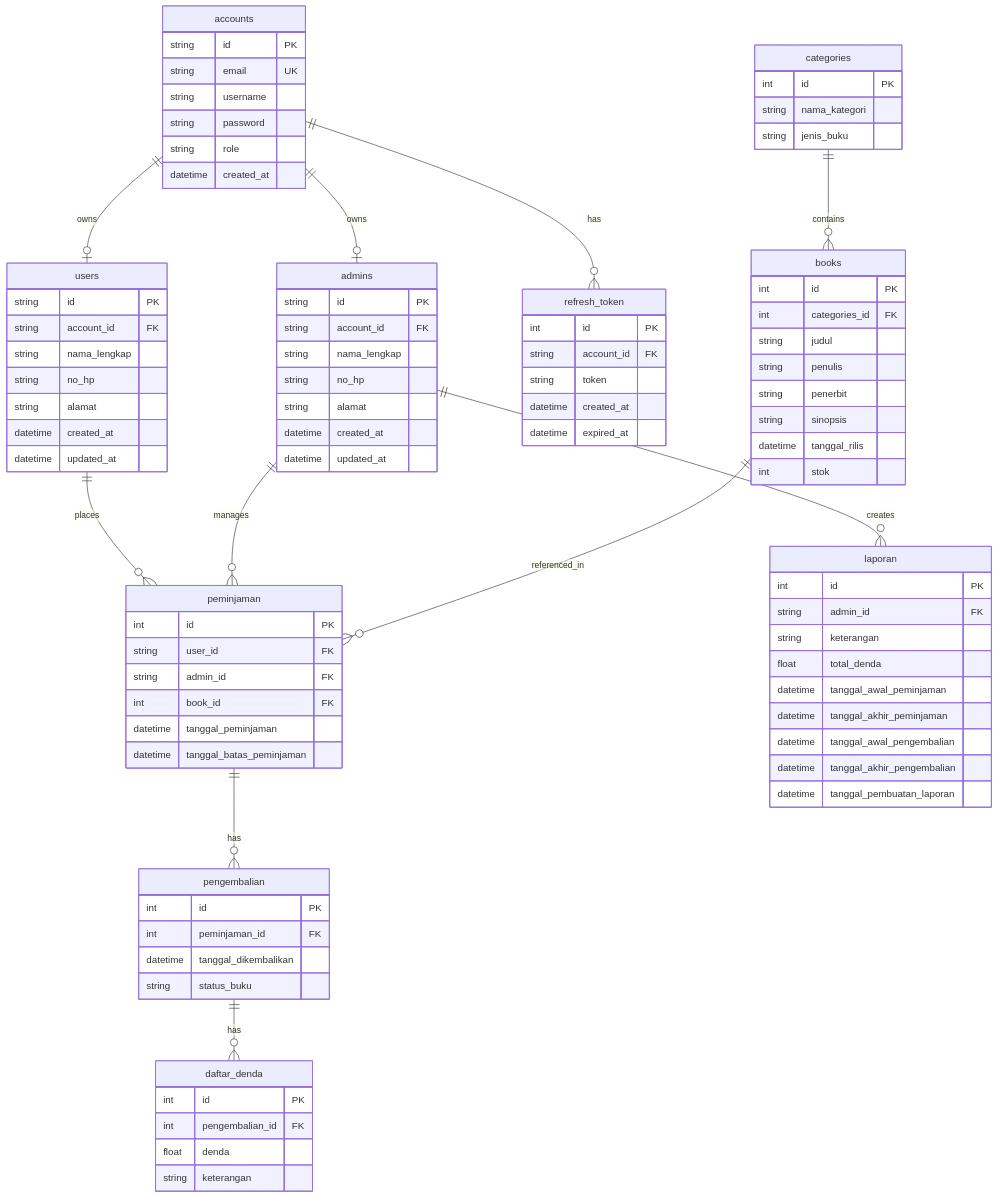
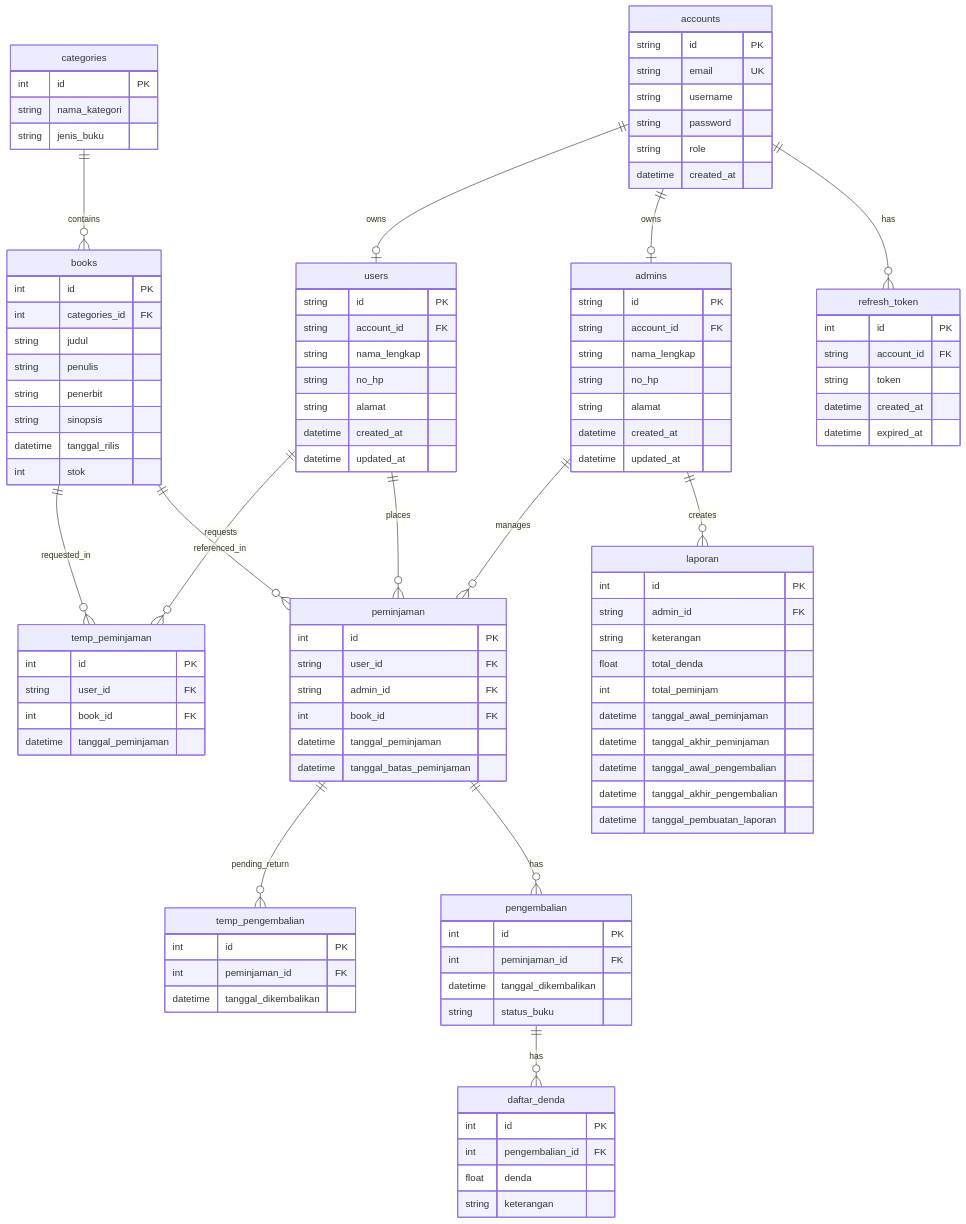
The diagram in docs/uml/src/diagrams/list-diagrams/erd.mmd (dimstyle/ruang-baca), drawn with Mermaid before and after one commit. The commit also changed 22 other files, not shown here.

Commit message:
feat(peminjaman): implement peminjaman & pengembalian gates, temp tables & total_peminjam migration, unit tests, and uml diagrams

```diff
--- a/docs/uml/src/diagrams/list-diagrams/erd.mmd
+++ b/docs/uml/src/diagrams/list-diagrams/erd.mmd
@@ -1,106 +1,123 @@
 erDiagram
     accounts ||--o| users : "owns"
     accounts ||--o| admins : "owns"
     accounts ||--o{ refresh_token : "has"
 
+    users ||--o{ temp_peminjaman : "requests"
     users ||--o{ peminjaman : "places"
 
     admins ||--o{ peminjaman : "manages"
     admins ||--o{ laporan : "creates"
 
     categories ||--o{ books : "contains"
 
+    books ||--o{ temp_peminjaman : "requested_in"
     books ||--o{ peminjaman : "referenced_in"
 
+    peminjaman ||--o{ temp_pengembalian : "pending_return"
     peminjaman ||--o{ pengembalian : "has"
 
     pengembalian ||--o{ daftar_denda : "has"
 
     accounts {
         string id PK
         string email UK
         string username
         string password
         string role
         datetime created_at
     }
 
     users {
         string id PK
         string account_id FK
         string nama_lengkap
         string no_hp
         string alamat
         datetime created_at
         datetime updated_at
     }
 
     admins {
         string id PK
         string account_id FK
         string nama_lengkap
         string no_hp
         string alamat
         datetime created_at
         datetime updated_at
     }
 
     categories {
         int id PK
         string nama_kategori
         string jenis_buku
     }
 
     books {
         int id PK
         int categories_id FK
         string judul
         string penulis
         string penerbit
         string sinopsis
         datetime tanggal_rilis
         int stok
     }
 
+    temp_peminjaman {
+        int id PK
+        string user_id FK
+        int book_id FK
+        datetime tanggal_peminjaman
+    }
+
+    temp_pengembalian {
+        int id PK
+        int peminjaman_id FK
+        datetime tanggal_dikembalikan
+    }
+
     peminjaman {
         int id PK
         string user_id FK
         string admin_id FK
         int book_id FK
         datetime tanggal_peminjaman
         datetime tanggal_batas_peminjaman
     }
 
     pengembalian {
         int id PK
         int peminjaman_id FK
         datetime tanggal_dikembalikan
         string status_buku
     }
 
     refresh_token {
         int id PK
         string account_id FK
         string token
         datetime created_at
         datetime expired_at
     }
 
     laporan {
         int id PK
         string admin_id FK
         string keterangan
         float total_denda
+        int total_peminjam
         datetime tanggal_awal_peminjaman
         datetime tanggal_akhir_peminjaman
         datetime tanggal_awal_pengembalian
         datetime tanggal_akhir_pengembalian
         datetime tanggal_pembuatan_laporan
     }
 
     daftar_denda {
         int id PK
         int pengembalian_id FK
         float denda
         string keterangan
     }
```
